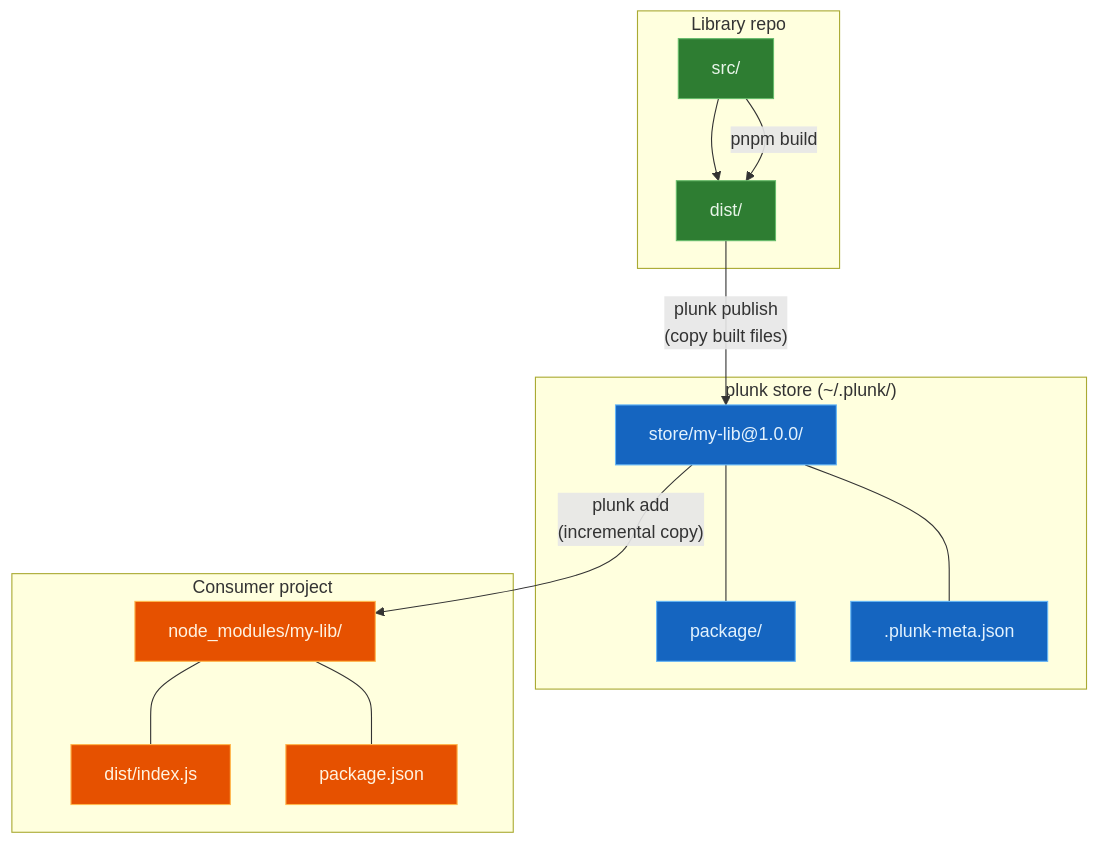
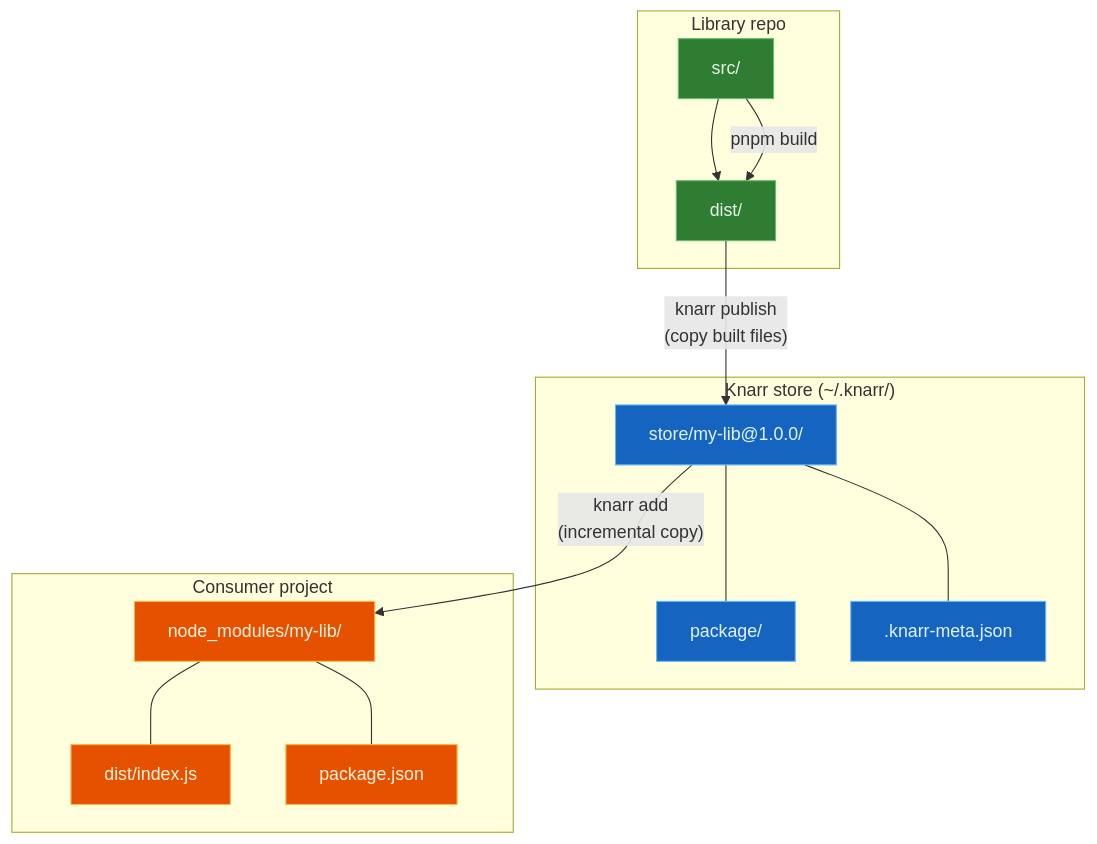
The first of 5 diagrams in docs/how-it-works.md (oleg-kuibar/plunk), drawn with Mermaid before and after one commit. The commit also changed other lines of this file and 135 other files, not shown here.

````diff
--- a/docs/how-it-works.md
+++ b/docs/how-it-works.md
@@ -5,31 +5,31 @@
 ```mermaid
 graph TB
     subgraph "Library repo"
         A[src/] --> B[dist/]
         A --> |"pnpm build"| B
     end
 
-    subgraph "plunk store (~/.plunk/)"
+    subgraph "Knarr store (~/.knarr/)"
         C["store/my-lib@1.0.0/"]
         C --- C1[package/]
-        C --- C2[.plunk-meta.json]
+        C --- C2[.knarr-meta.json]
     end
 
     subgraph "Consumer project"
         D[node_modules/my-lib/]
         D --- D1[dist/index.js]
         D --- D2[package.json]
     end
 
-    B -- "plunk publish<br/>(copy built files)" --> C
-    C -- "plunk add<br/>(incremental copy)" --> D
+    B -- "knarr publish<br/>(copy built files)" --> C
+    C -- "knarr add<br/>(incremental copy)" --> D
 
     style A fill:#2e7d32,stroke:#66bb6a,color:#e8f5e9
     style B fill:#2e7d32,stroke:#66bb6a,color:#e8f5e9
     style C fill:#1565c0,stroke:#64b5f6,color:#e3f2fd
     style C1 fill:#1565c0,stroke:#64b5f6,color:#e3f2fd
     style C2 fill:#1565c0,stroke:#64b5f6,color:#e3f2fd
     style D fill:#e65100,stroke:#ffb74d,color:#fff3e0
     style D1 fill:#e65100,stroke:#ffb74d,color:#fff3e0
     style D2 fill:#e65100,stroke:#ffb74d,color:#fff3e0
 ```
````
